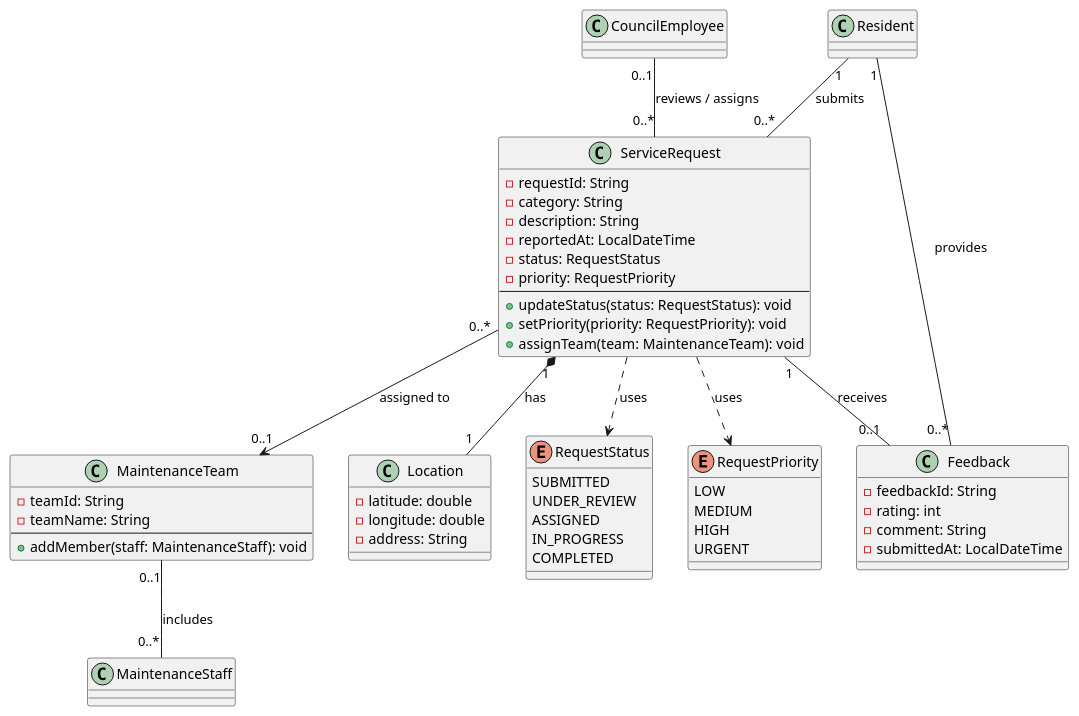
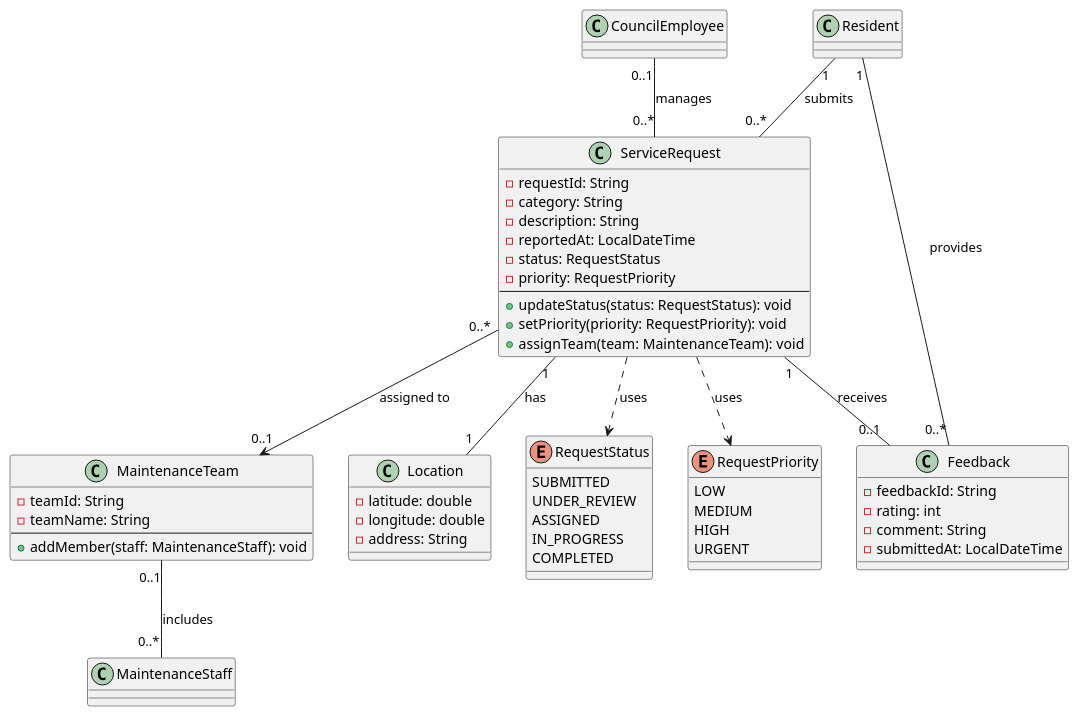
Before and after one commit to gg-sajanbasnet/ICT602-MEL_S2_2026-1: the diagram in docs/uml/modules/service-request.puml, drawn with PlantUML. The commit also changed 4 other files, not shown here.

Commit message:
docs(uml): add facility booking management module

```diff
--- a/docs/uml/modules/service-request.puml
+++ b/docs/uml/modules/service-request.puml
@@ -1,69 +1,69 @@
 
 ' =========================================
 ' SERVICE REQUEST MANAGEMENT MODULE
 ' =========================================
 class ServiceRequest {
   - requestId: String
   - category: String
   - description: String
   - reportedAt: LocalDateTime
   - status: RequestStatus
   - priority: RequestPriority
   --
   + updateStatus(status: RequestStatus): void
   + setPriority(priority: RequestPriority): void
   + assignTeam(team: MaintenanceTeam): void
 }
 
 class Location {
   - latitude: double
   - longitude: double
   - address: String
 }
 
 class MaintenanceTeam {
   - teamId: String
   - teamName: String
   --
   + addMember(staff: MaintenanceStaff): void
 }
 
 class Feedback {
   - feedbackId: String
   - rating: int
   - comment: String
   - submittedAt: LocalDateTime
 }
 
 enum RequestStatus {
   SUBMITTED
   UNDER_REVIEW
   ASSIGNED
   IN_PROGRESS
   COMPLETED
 }
 
 enum RequestPriority {
   LOW
   MEDIUM
   HIGH
   URGENT
 }
 
 ' =========================================
 ' SERVICE REQUEST RELATIONSHIPS
 ' =========================================
 
 Resident "1" -- "0..*" ServiceRequest : submits
 Resident "1" -- "0..*" Feedback : provides
 
-ServiceRequest "1" *-- "1" Location : has
+ServiceRequest "1" -- "1" Location : has
 ServiceRequest "0..*" --> "0..1" MaintenanceTeam : assigned to
 ServiceRequest "1" -- "0..1" Feedback : receives
 
 MaintenanceTeam "0..1" -- "0..*" MaintenanceStaff : includes
 
-CouncilEmployee "0..1" -- "0..*" ServiceRequest : reviews / assigns
+CouncilEmployee "0..1" -- "0..*" ServiceRequest : manages
 
 ServiceRequest ..> RequestStatus : uses
 ServiceRequest ..> RequestPriority : uses
```
